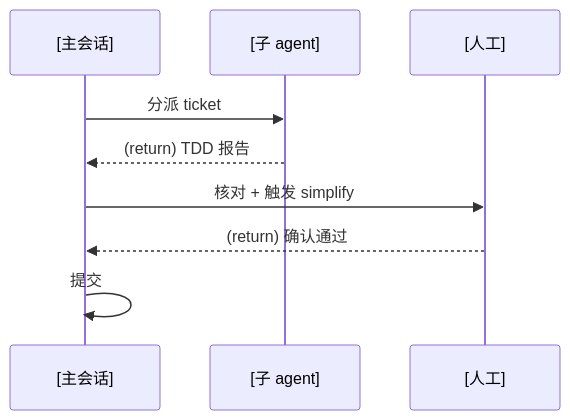
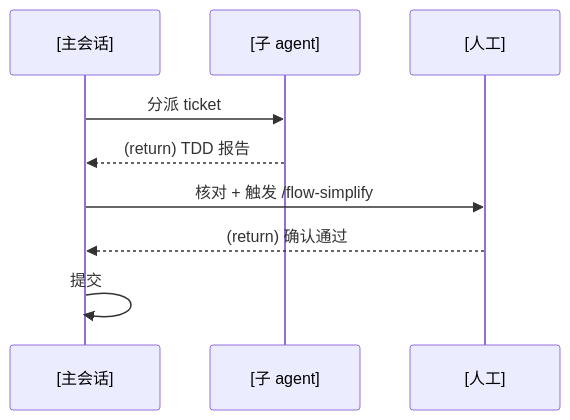
One commit to ALittleTurtleWhoCannotKnock/xixiwu_skills changed the fourth of 4 diagrams in _agents/diagram-guide.md. Above: the diagram before and after it, drawn with Mermaid. The commit also changed 23 other files, not shown here.

First line of the commit message:
refactor: 统一 flow 技能命名并完善旧版迁移

````diff
--- a/_agents/diagram-guide.md
+++ b/_agents/diagram-guide.md
@@ -116,12 +116,12 @@
 ```mermaid
 sequenceDiagram
     participant main as [主会话]
     participant sub as [子 agent]
     participant human as [人工]
 
     main->>sub: 分派 ticket
     sub-->>main: (return) TDD 报告
-    main->>human: 核对 + 触发 simplify
+    main->>human: 核对 + 触发 /flow-simplify
     human-->>main: (return) 确认通过
     main->>main: 提交
 ```
````
